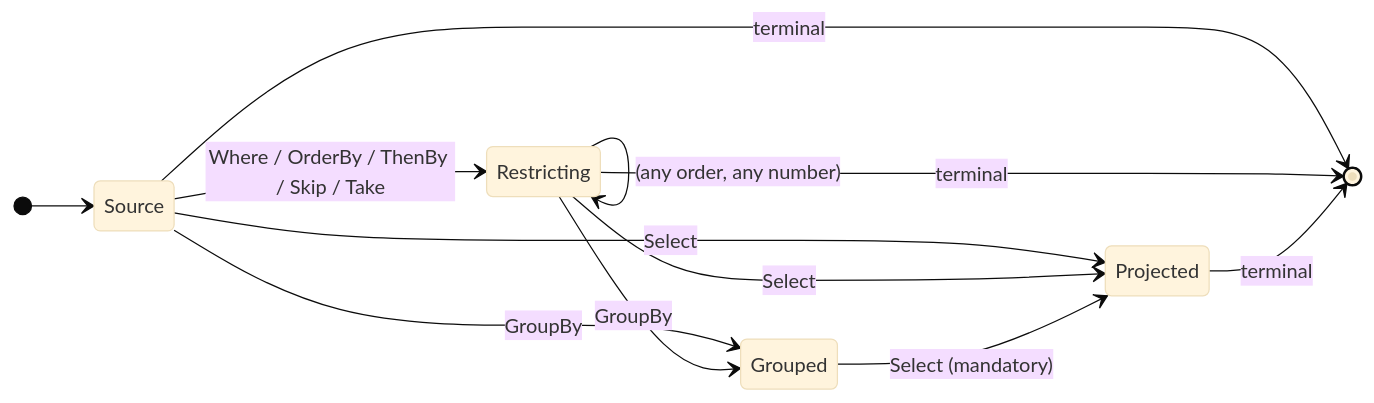
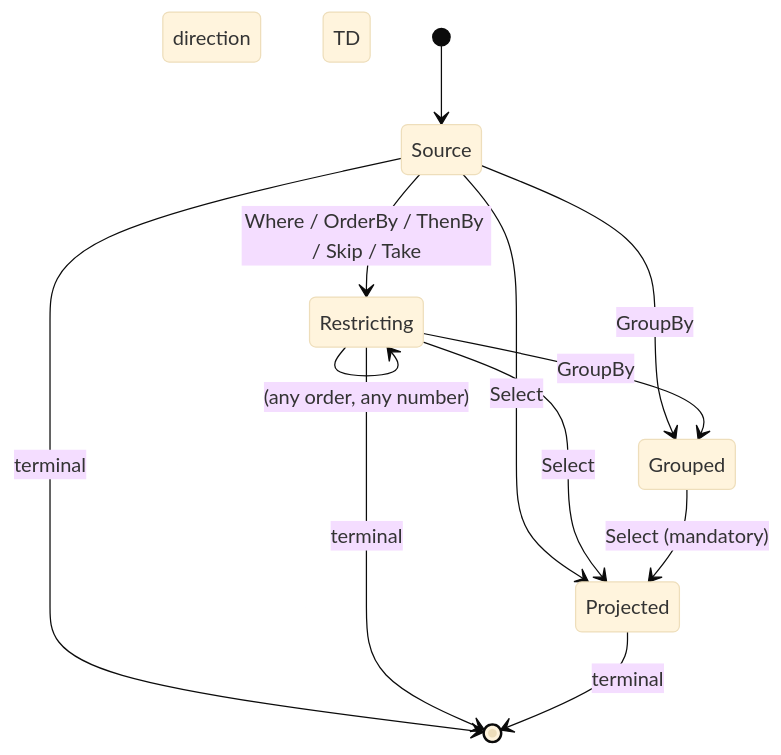
One commit to Papyrine/Scry changed the diagram in docs/querying.md. Above: the diagram before and after it, drawn with Mermaid (base theme). The commit also changed 1 other file, not shown here.

````diff
--- a/docs/querying.md
+++ b/docs/querying.md
@@ -396,15 +396,15 @@
 ```mermaid
 stateDiagram-v2
-    direction LR
+    direction TD
     [*] --> Source
     Source --> Restricting: Where / OrderBy / ThenBy / Skip / Take
     Restricting --> Restricting: (any order, any number)
     Source --> Grouped: GroupBy
     Restricting --> Grouped: GroupBy
     Source --> Projected: Select
     Restricting --> Projected: Select
     Grouped --> Projected: Select (mandatory)
     Source --> [*]: terminal
     Restricting --> [*]: terminal
     Projected --> [*]: terminal
 ```
````
